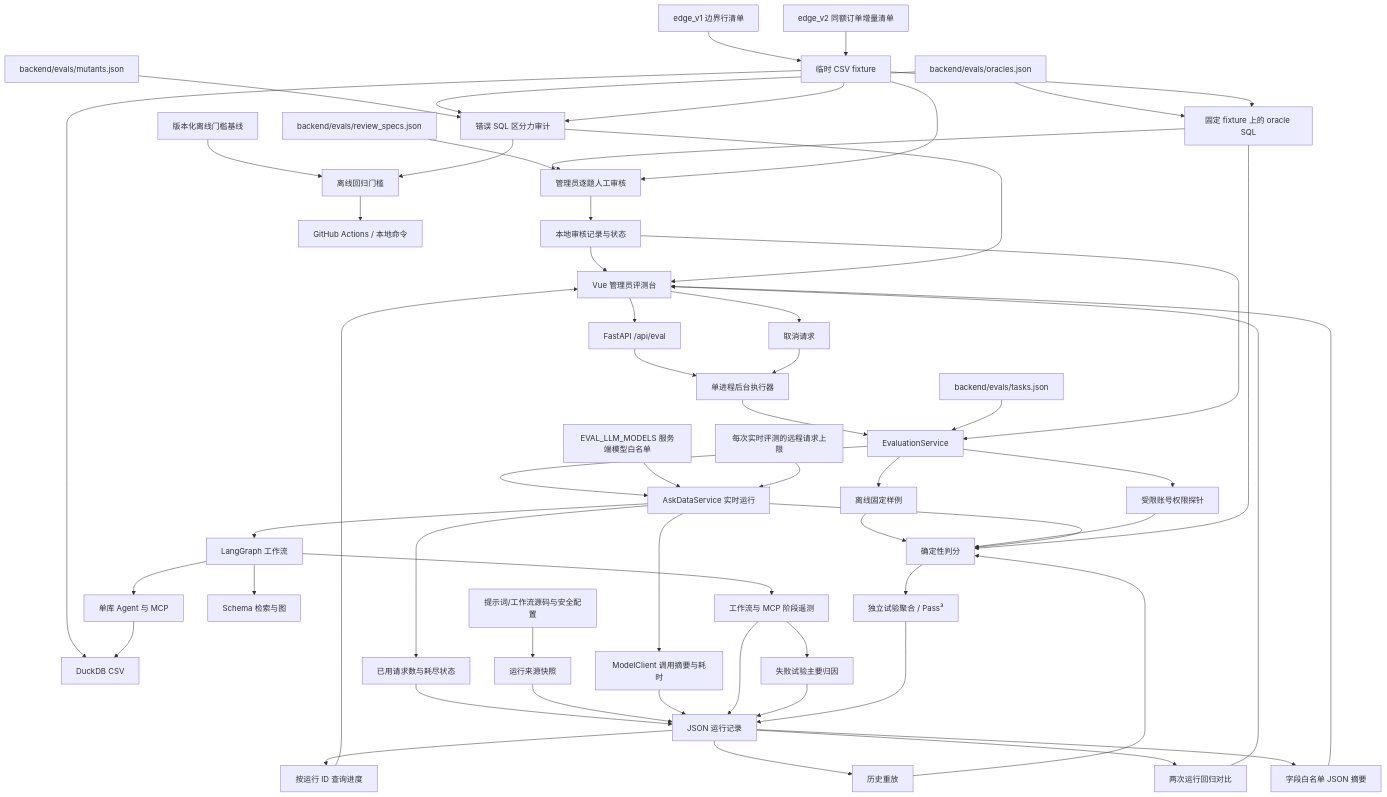
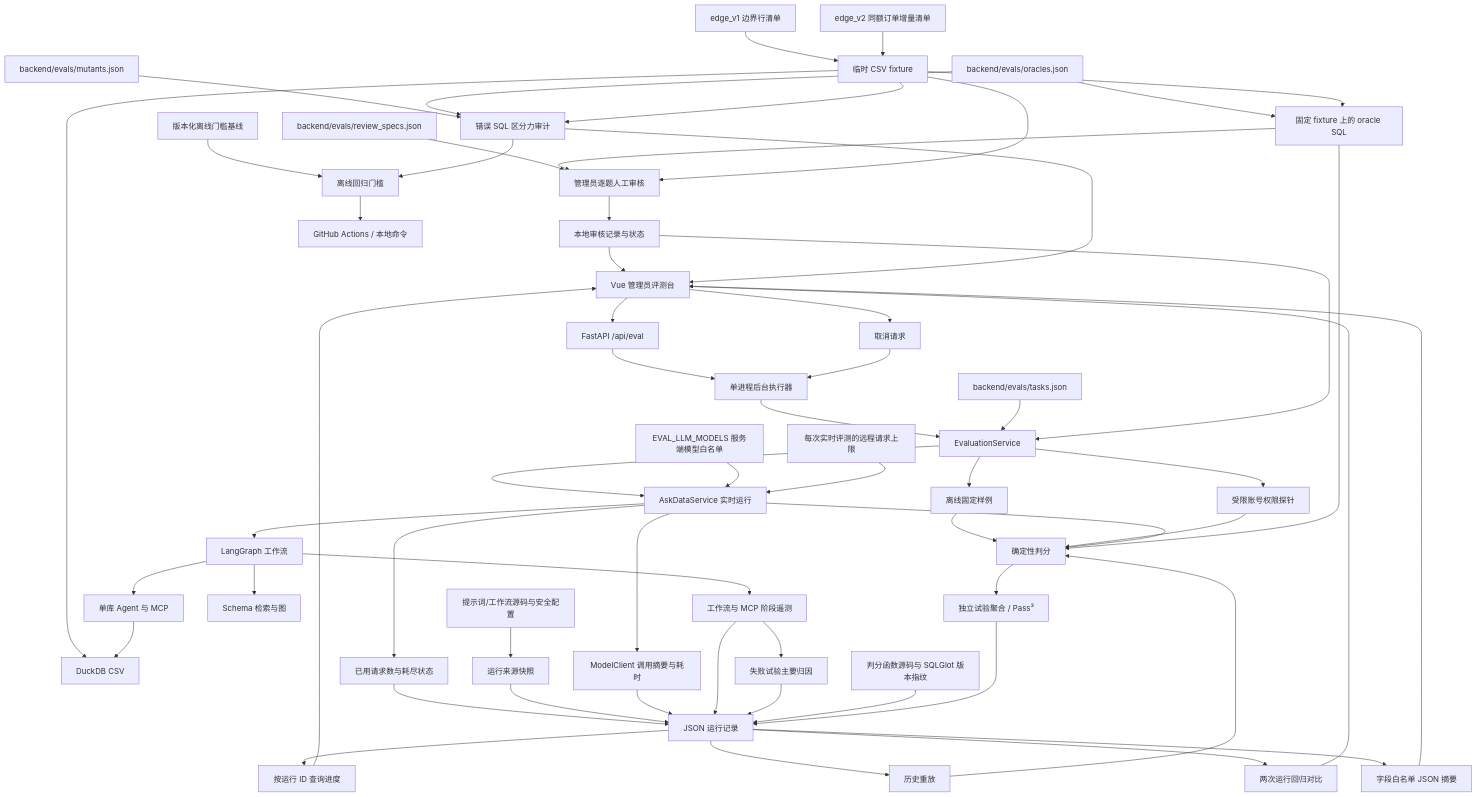
One commit to judai777/askdata_studio changed the first of 4 diagrams in docs/evaluation-architecture.md. Above: the diagram before and after it, drawn with Mermaid. The commit also changed other lines of this file and 10 other files, not shown here.

Commit message:
Track grader version in evaluation runs

````diff
--- a/docs/evaluation-architecture.md
+++ b/docs/evaluation-architecture.md
@@ -5,60 +5,61 @@
 ```mermaid
 flowchart TB
     UI[Vue 管理员评测台] --> API[FastAPI /api/eval]
     API --> Queue[单进程后台执行器]
     Queue --> Runner[EvaluationService]
     UI --> Cancel[取消请求]
     Cancel --> Queue
     Tasks[backend/evals/tasks.json] --> Runner
     ReviewSpecs[backend/evals/review_specs.json] --> Review[管理员逐题人工审核]
     Oracle --> Review
     Fixture --> Review
     Review --> ReviewStore[本地审核记录与状态]
     ReviewStore --> UI
     ReviewStore --> Runner
     Oracles[backend/evals/oracles.json] --> Oracle
     Mutants[backend/evals/mutants.json] --> Audit[错误 SQL 区分力审计]
     Oracles --> Audit
     Fixture --> Audit
     Audit --> UI
     Overlay[edge_v1 边界行清单] --> Fixture[临时 CSV fixture]
     Overlay2[edge_v2 同额订单增量清单] --> Fixture
     Fixture --> DB
     Fixture --> Oracle
     Runner --> Demo[离线固定样例]
     Runner --> Probe[受限账号权限探针]
     Runner --> Live[AskDataService 实时运行]
     Models[EVAL_LLM_MODELS 服务端模型白名单] --> Live
     Live --> Telemetry[ModelClient 调用摘要与耗时]
     Budget[每次实时评测的远程请求上限] --> Live
     Live --> BudgetRecord[已用请求数与耗尽状态]
     BudgetRecord --> Runs
     Graph --> StageTelemetry[工作流与 MCP 阶段遥测]
     Sources[提示词/工作流源码与安全配置] --> Provenance[运行来源快照]
     Provenance --> Runs
     Live --> Graph[LangGraph 工作流]
     Graph --> Retrieval[Schema 检索与图]
     Graph --> Agent[单库 Agent 与 MCP]
     Agent --> DB[DuckDB CSV]
     Demo --> Grader[确定性判分]
     Probe --> Grader
     Live --> Grader
     Telemetry --> Runs
     StageTelemetry --> Attribution[失败试验主要归因]
     StageTelemetry --> Runs
     Attribution --> Runs
     Oracle[固定 fixture 上的 oracle SQL] --> Grader
+    GraderVersion[判分函数源码与 SQLGlot 版本指纹] --> Runs
     Grader --> Trials[独立试验聚合 / Pass³]
     Trials --> Runs[JSON 运行记录]
     Runs --> Poll[按运行 ID 查询进度]
     Poll --> UI
     Runs --> Replay[历史重放]
     Replay --> Grader
     Runs --> Compare[两次运行回归对比]
     Compare --> UI
     Runs --> Export[字段白名单 JSON 摘要]
     Export --> UI
     Baseline[版本化离线门槛基线] --> Gate[离线回归门槛]
     Audit --> Gate
     Gate --> CI[GitHub Actions / 本地命令]
 ```
````
